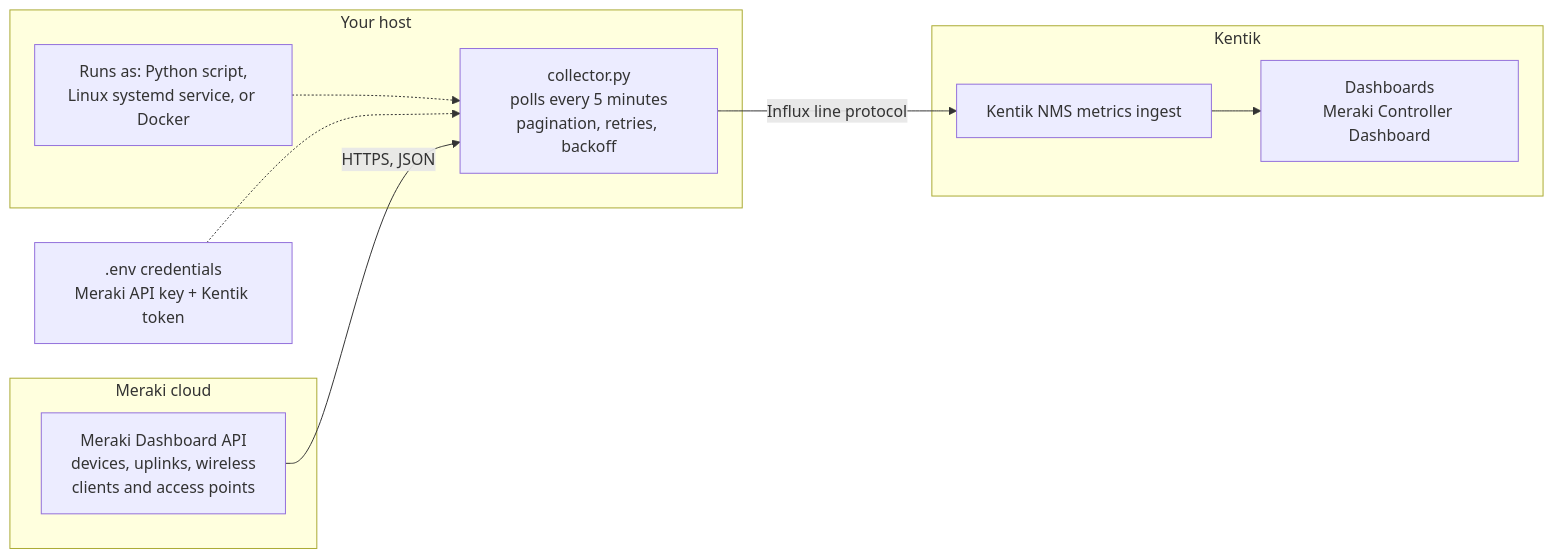
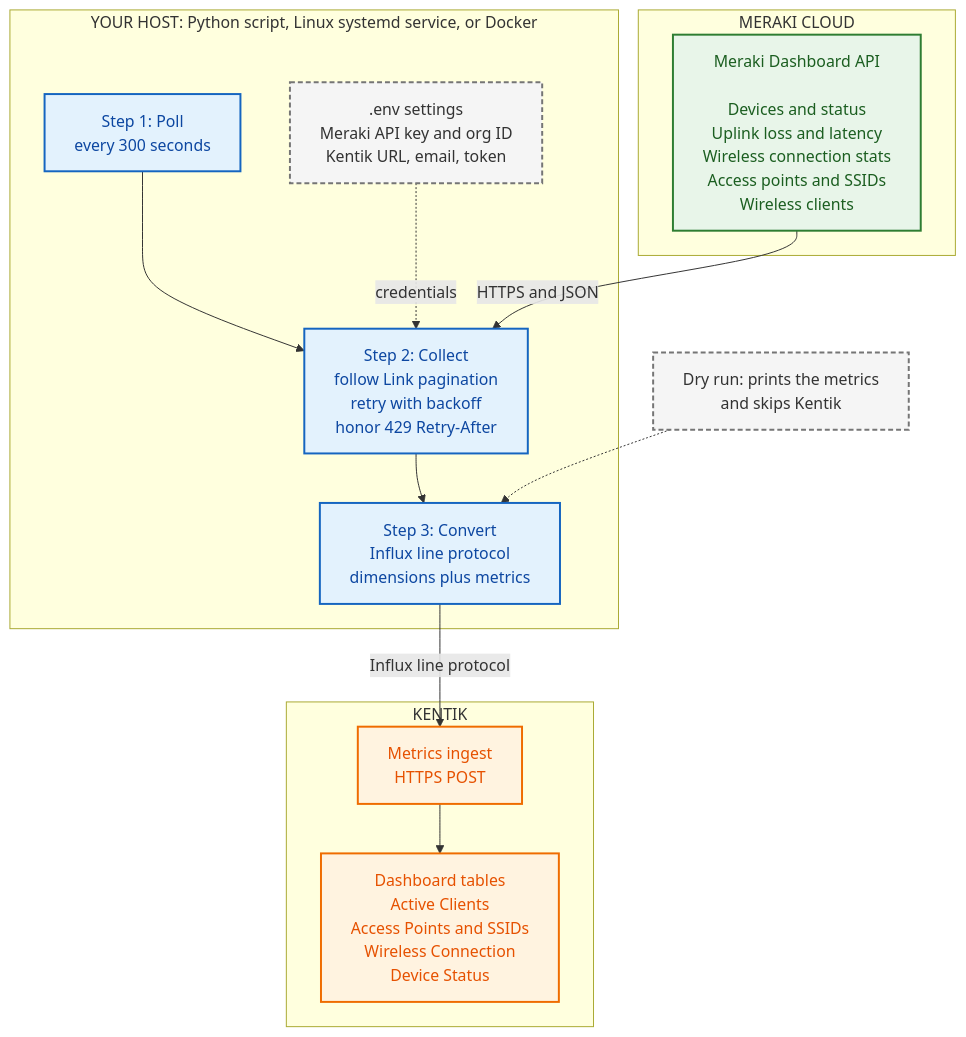
One commit to edragon12/Meraki-Controller-API-to-Kentik changed the diagram in Meraki-Kentik/README.md. Above: the diagram before and after it, drawn with Mermaid. The commit also changed other lines of this file and 3 other files, not shown here.

````diff
--- a/Meraki-Kentik/README.md
+++ b/Meraki-Kentik/README.md
@@ -7,19 +9,35 @@
 ```mermaid
-flowchart LR
-    ENV[".env credentials<br/>Meraki API key + Kentik token"] -.-> COL
-    subgraph SRC["Meraki cloud"]
-        API["Meraki Dashboard API<br/>devices, uplinks, wireless<br/>clients and access points"]
+flowchart TB
+    classDef meraki fill:#e8f5e9,stroke:#2e7d32,stroke-width:2px,color:#1b5e20
+    classDef step fill:#e3f2fd,stroke:#1565c0,stroke-width:2px,color:#0d47a1
+    classDef kentik fill:#fff3e0,stroke:#ef6c00,stroke-width:2px,color:#e65100
+    classDef config fill:#f5f5f5,stroke:#757575,stroke-width:2px,stroke-dasharray: 5 3,color:#333333
+
+    subgraph MERAKI["MERAKI CLOUD"]
+        API["Meraki Dashboard API<br/><br/>Devices and status<br/>Uplink loss and latency<br/>Wireless connection stats<br/>Access points and SSIDs<br/>Wireless clients"]
     end
-    subgraph HOST["Your host"]
-        COL["collector.py<br/>polls every 5 minutes<br/>pagination, retries, backoff"]
-        RUN["Runs as: Python script,<br/>Linux systemd service, or Docker"]
+
+    subgraph HOST["YOUR HOST: Python script, Linux systemd service, or Docker"]
+        S1["Step 1: Poll<br/>every 300 seconds"]
+        S2["Step 2: Collect<br/>follow Link pagination<br/>retry with backoff<br/>honor 429 Retry-After"]
+        S3["Step 3: Convert<br/>Influx line protocol<br/>dimensions plus metrics"]
+        ENV[".env settings<br/>Meraki API key and org ID<br/>Kentik URL, email, token"]
+        S1 --> S2 --> S3
     end
-    subgraph KEN["Kentik"]
-        ING["Kentik NMS metrics ingest"]
-        DASH["Dashboards<br/>Meraki Controller Dashboard"]
+
+    subgraph KENTIK["KENTIK"]
+        ING["Metrics ingest<br/>HTTPS POST"]
+        DASH["Dashboard tables<br/>Active Clients<br/>Access Points and SSIDs<br/>Wireless Connection<br/>Device Status"]
+        ING --> DASH
     end
-    API -->|"HTTPS, JSON"| COL
-    COL -->|"Influx line protocol"| ING
-    ING --> DASH
-    RUN -.-> COL
+
+    API -->|"HTTPS and JSON"| S2
+    S3 -->|"Influx line protocol"| ING
+    ENV -.->|"credentials"| S2
+    DRY["Dry run: prints the metrics<br/>and skips Kentik"] -.-> S3
+
+    class API meraki
+    class S1,S2,S3 step
+    class ING,DASH kentik
+    class ENV,DRY config
 ```
````
